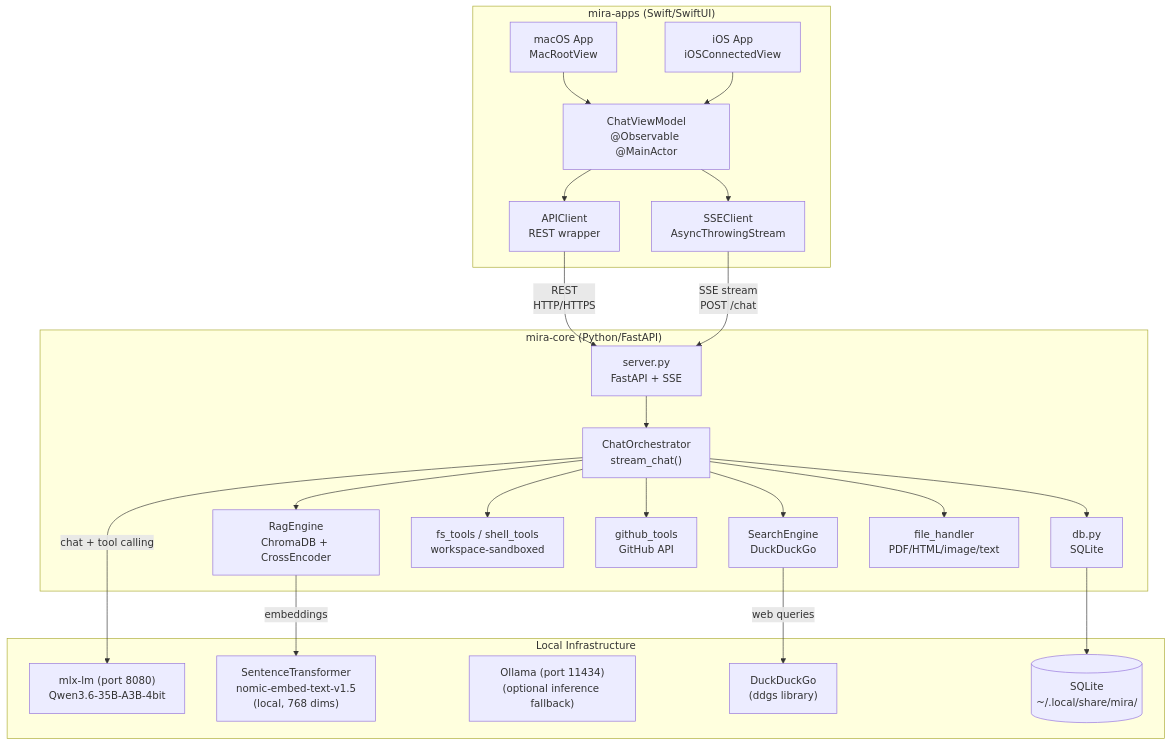
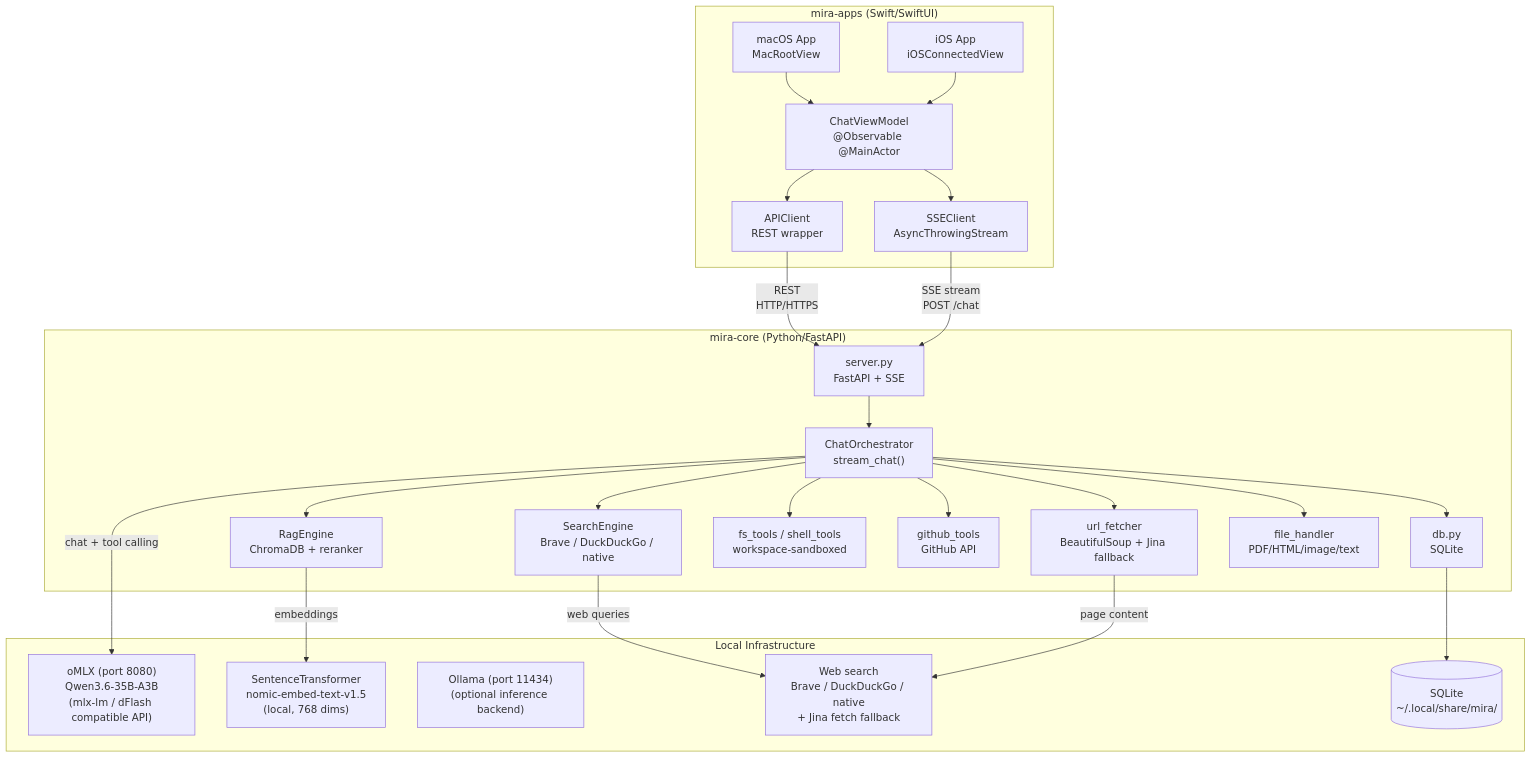
The first of 6 diagrams in docs/diagram.md (mabaeyens/mira-core), drawn with Mermaid before and after one commit. The commit also changed other lines of this file and 3 other files, not shown here.

Commit message:
docs: clarify web search — Brave primary, DuckDuckGo fallback

````diff
--- a/docs/diagram.md
+++ b/docs/diagram.md
@@ -7,49 +7,52 @@
 ```mermaid
 graph TD
     subgraph mira-apps["mira-apps (Swift/SwiftUI)"]
         MAC["macOS App\nMacRootView"]
         IOS["iOS App\niOSConnectedView"]
         VM["ChatViewModel\n@Observable @MainActor"]
         API["APIClient\nREST wrapper"]
         SSE["SSEClient\nAsyncThrowingStream"]
 
         MAC --> VM
         IOS --> VM
         VM --> API
         VM --> SSE
     end
 
     subgraph mira-core["mira-core (Python/FastAPI)"]
         SRV["server.py\nFastAPI + SSE"]
         ORCH["ChatOrchestrator\nstream_chat()"]
-        RAG["RagEngine\nChromaDB + CrossEncoder"]
-        SEARCH["SearchEngine\nDuckDuckGo"]
+        RAG["RagEngine\nChromaDB + reranker"]
+        SEARCH["SearchEngine\nBrave / DuckDuckGo / native"]
+        FETCH["url_fetcher\nBeautifulSoup + Jina fallback"]
         FS["fs_tools / shell_tools\nworkspace-sandboxed"]
         GH["github_tools\nGitHub API"]
         DB["db.py\nSQLite"]
         FH["file_handler\nPDF/HTML/image/text"]
 
         SRV --> ORCH
         ORCH --> RAG
         ORCH --> SEARCH
+        ORCH --> FETCH
         ORCH --> FS
         ORCH --> GH
         ORCH --> DB
         ORCH --> FH
     end
 
     subgraph infra["Local Infrastructure"]
-        MLX["mlx-lm (port 8080)\nQwen3.6-35B-A3B-4bit"]
+        MLX["oMLX (port 8080)\nQwen3.6-35B-A3B\n(mlx-lm / dFlash compatible API)"]
         ST["SentenceTransformer\nnomic-embed-text-v1.5\n(local, 768 dims)"]
-        OLLAMA["Ollama (port 11434)\n(optional inference fallback)"]
-        DDGS["DuckDuckGo\n(ddgs library)"]
+        OLLAMA["Ollama (port 11434)\n(optional inference backend)"]
+        WEB["Web search\nBrave / DuckDuckGo / native\n+ Jina fetch fallback"]
         SQLITE[("SQLite\n~/.local/share/mira/")]
     end
 
     API -->|"REST\nHTTP/HTTPS"| SRV
     SSE -->|"SSE stream\nPOST /chat"| SRV
     ORCH -->|"chat + tool calling"| MLX
     RAG -->|"embeddings"| ST
-    SEARCH -->|"web queries"| DDGS
+    SEARCH -->|"web queries"| WEB
+    FETCH -->|"page content"| WEB
     DB --> SQLITE
 ```
````
